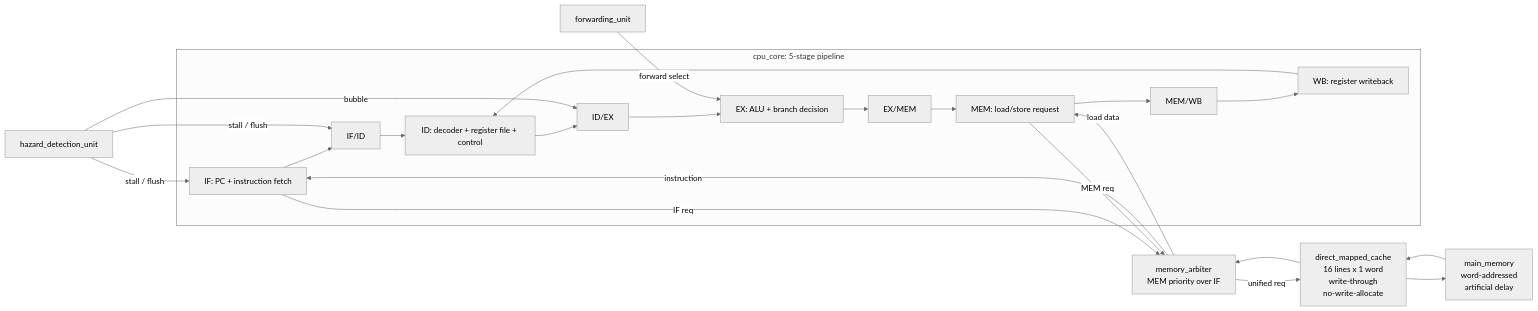
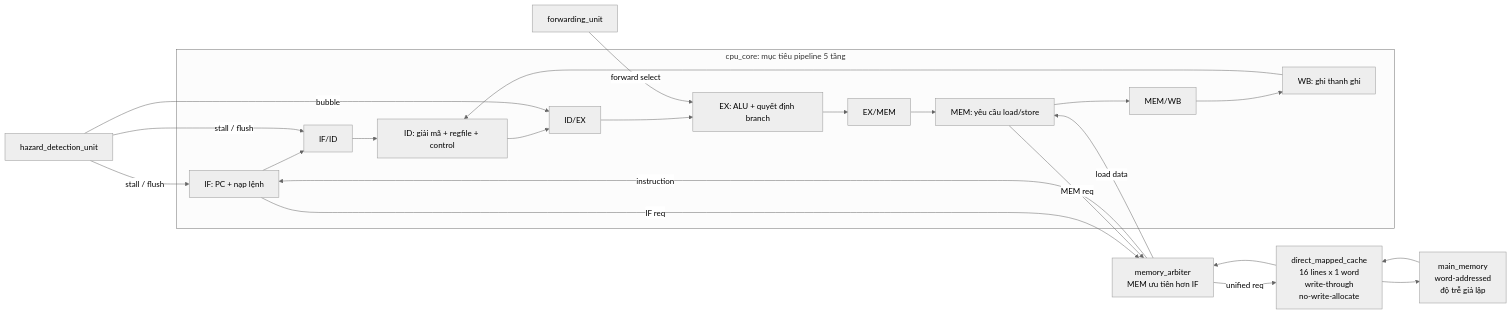
The diagram in cpu_cache_project/docs/ARCHITECTURE.md (Dle28/CPU_build_MI4344), drawn with Mermaid (neutral theme) before and after one commit. The commit also changed other lines of this file and 35 other files, not shown here.

Commit message:
Bring-up cpu_core single-cycle, add datapath, Viet hoa docs

````diff
--- a/cpu_cache_project/docs/ARCHITECTURE.md
+++ b/cpu_cache_project/docs/ARCHITECTURE.md
@@ -11,37 +17,37 @@
 ```mermaid
 flowchart LR
-    subgraph CPU["cpu_core: 5-stage pipeline"]
-        IF["IF: PC + instruction fetch"]
+    subgraph CPU["cpu_core: mục tiêu pipeline 5 tầng"]
+        IF["IF: PC + nạp lệnh"]
         IFID["IF/ID"]
-        ID["ID: decoder + register file + control"]
+        ID["ID: giải mã + regfile + control"]
         IDEX["ID/EX"]
-        EX["EX: ALU + branch decision"]
+        EX["EX: ALU + quyết định branch"]
         EXMEM["EX/MEM"]
-        MEM["MEM: load/store request"]
+        MEM["MEM: yêu cầu load/store"]
         MEMWB["MEM/WB"]
-        WB["WB: register writeback"]
+        WB["WB: ghi thanh ghi"]
 
         IF --> IFID --> ID --> IDEX --> EX --> EXMEM --> MEM --> MEMWB --> WB
         WB --> ID
     end
 
     HDU["hazard_detection_unit"]
     FWD["forwarding_unit"]
-    ARB["memory_arbiter\nMEM priority over IF"]
+    ARB["memory_arbiter\nMEM ưu tiên hơn IF"]
     CACHE["direct_mapped_cache\n16 lines x 1 word\nwrite-through\nno-write-allocate"]
-    RAM["main_memory\nword-addressed\nartificial delay"]
+    RAM["main_memory\nword-addressed\nđộ trễ giả lập"]
 
     IF -->|"IF req"| ARB
     MEM -->|"MEM req"| ARB
     ARB -->|"unified req"| CACHE
     CACHE --> RAM
     RAM --> CACHE
     CACHE --> ARB
     ARB -->|"instruction"| IF
     ARB -->|"load data"| MEM
 
     HDU -->|"stall / flush"| IF
     HDU -->|"stall / flush"| IFID
     HDU -->|"bubble"| IDEX
     FWD -->|"forward select"| EX
 ```
````
